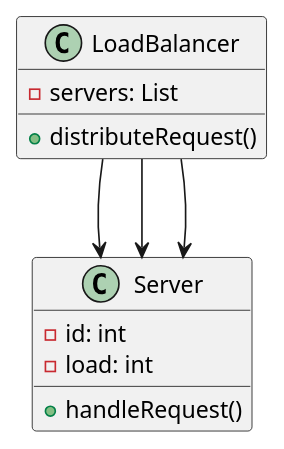
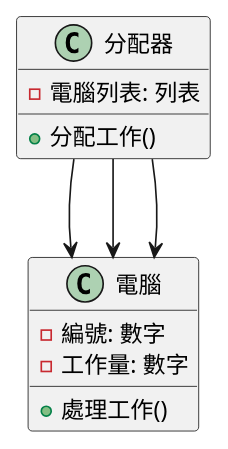
One commit to fine5351/info-sync changed the first of 3 diagrams in doc/learning/architecture/load_balancing_tutorial.md. Above: the diagram before and after it, drawn with PlantUML. The commit also changed other lines of this file and 35 other files, not shown here.

````diff
--- a/doc/learning/architecture/load_balancing_tutorial.md
+++ b/doc/learning/architecture/load_balancing_tutorial.md
@@ -85,18 +65,18 @@
 ```plantuml
 @startuml
-class LoadBalancer {
-    - servers: List
-    + distributeRequest()
+class 分配器 {
+    - 電腦列表: 列表
+    + 分配工作()
 }
 
-class Server {
-    - id: int
-    - load: int
-    + handleRequest()
+class 電腦 {
+    - 編號: 數字
+    - 工作量: 數字
+    + 處理工作()
 }
 
-LoadBalancer --> Server
-LoadBalancer --> Server
-LoadBalancer --> Server
+分配器 --> 電腦
+分配器 --> 電腦
+分配器 --> 電腦
 @enduml
 ```
````
